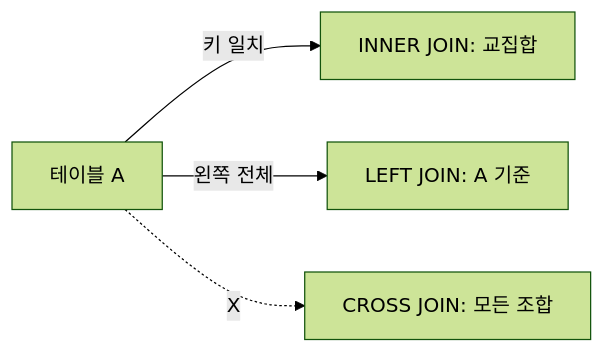
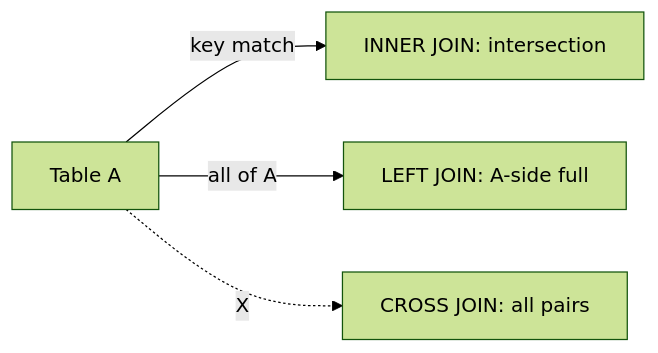
One commit to yeongseon-books/book-content changed the diagram in content/sql-101/ko/04-join.md. Above: the diagram before and after it, drawn with Mermaid (forest theme). The commit also changed other lines of this file and 9 other files, not shown here.

````diff
--- a/content/sql-101/ko/04-join.md
+++ b/content/sql-101/ko/04-join.md
@@ -35,6 +47,6 @@
 ```mermaid
 flowchart LR
-    A["테이블 A"] -->|키 일치| Inner["INNER JOIN: 교집합"]
-    A -->|왼쪽 전체| Left["LEFT JOIN: A 기준"]
-    A -.X.-> Cross["CROSS JOIN: 모든 조합"]
+    A["Table A"] -->|key match| Inner["INNER JOIN: intersection"]
+    A -->|all of A| Left["LEFT JOIN: A-side full"]
+    A -.X.-> Cross["CROSS JOIN: all pairs"]
 ```
````
